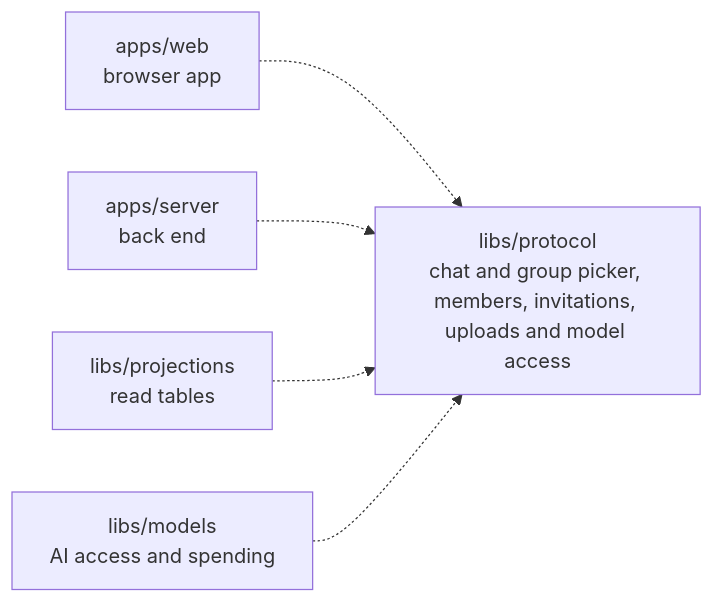
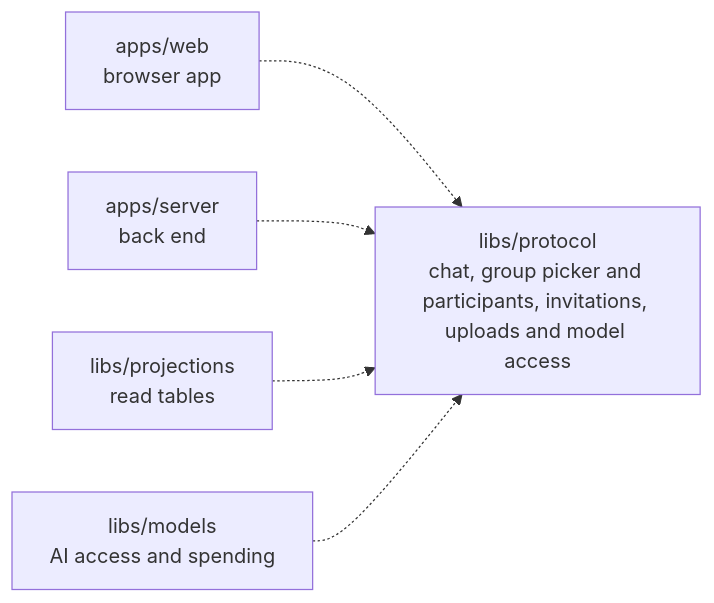
The diagram in libs/protocol/README.md (elewa-git/opencrane-new), drawn with Mermaid before and after one commit. The commit also changed other lines of this file and 12 other files, not shown here.

Commit message:
👥 Let group chat creators manage participants and others leave

````diff
--- a/libs/protocol/README.md
+++ b/libs/protocol/README.md
@@ -11,7 +11,7 @@
 ```mermaid
 flowchart LR
-  web["apps/web<br/>browser app"] -.-> protocol["libs/protocol<br/>chat and group picker, members, invitations, uploads and model access"]
+  web["apps/web<br/>browser app"] -.-> protocol["libs/protocol<br/>chat, group picker and participants, invitations, uploads and model access"]
   server["apps/server<br/>back end"] -.-> protocol
   projections["libs/projections<br/>read tables"] -.-> protocol
   models["libs/models<br/>AI access and spending"] -.-> protocol
 ```
````
